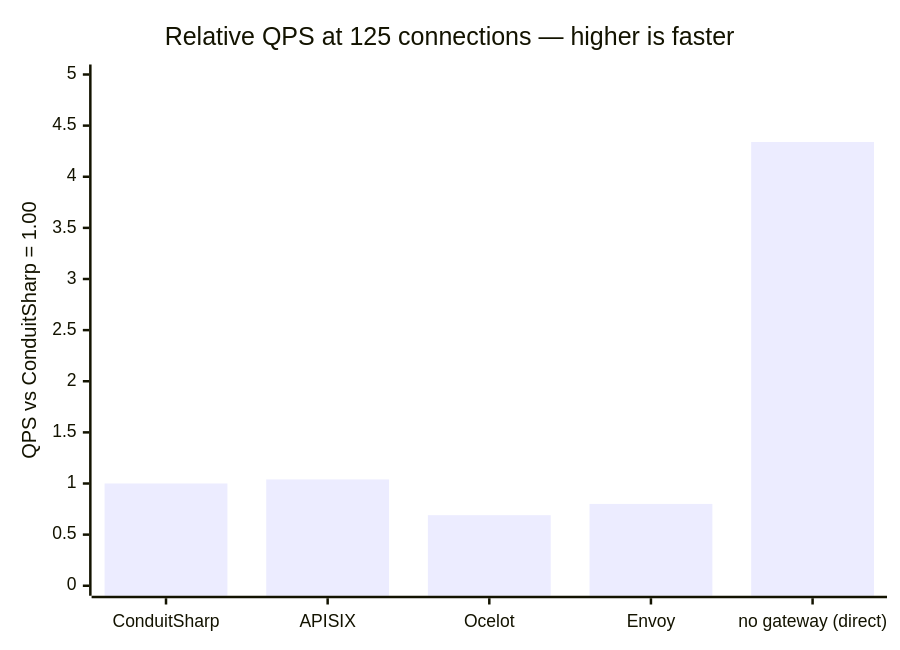
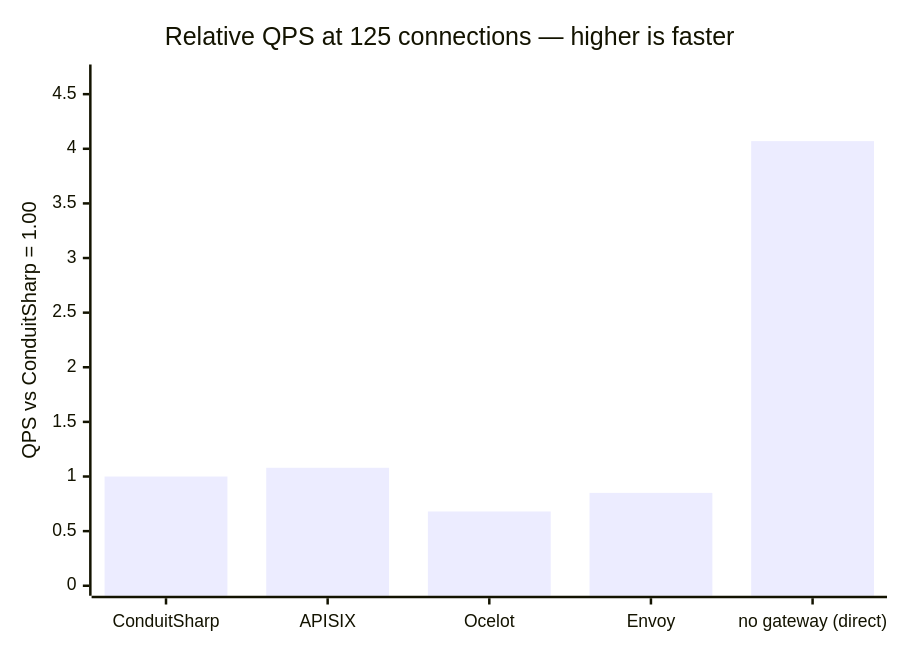
Before and after one commit to liqngliz/ConduitSharp: the second of 8 diagrams in README.md, drawn with Mermaid. The commit also changed other lines of this file and 1 other file, not shown here.

````diff
--- a/README.md
+++ b/README.md
@@ -357,7 +357,7 @@
 ```mermaid
 xychart-beta
     title "Relative QPS at 125 connections — higher is faster"
     x-axis ["ConduitSharp", "APISIX", "Ocelot", "Envoy", "no gateway (direct)"]
-    y-axis "QPS vs ConduitSharp = 1.00" 0 --> 5.00
-    bar [1.00, 1.04, 0.69, 0.80, 4.34]
+    y-axis "QPS vs ConduitSharp = 1.00" 0 --> 4.68
+    bar [1.00, 1.08, 0.68, 0.85, 4.07]
 ```
````
